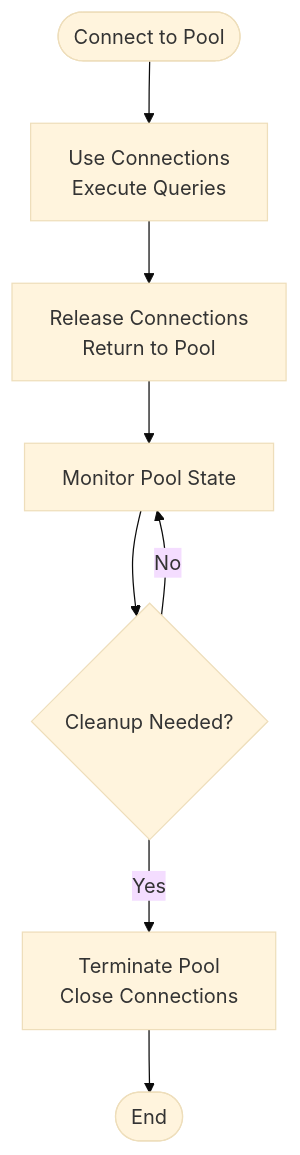
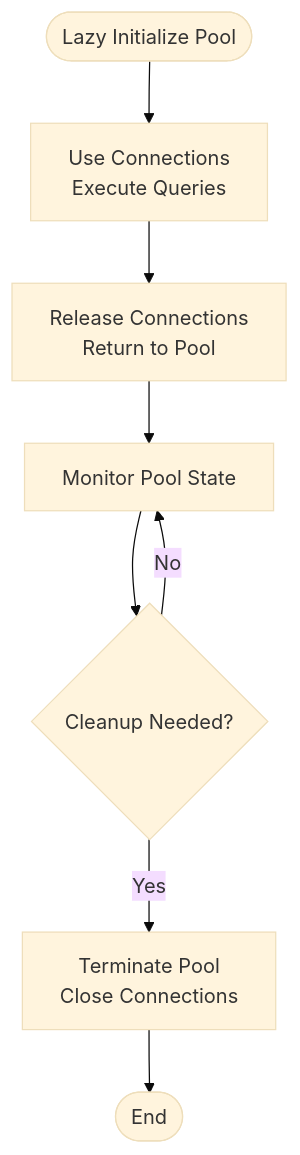
Before and after one commit to RunTimeAdmin/AgentID: the sixth of 7 diagrams in .qoder/repowiki/en/content/Database Design/Connection Management.md, drawn with Mermaid (base theme). The commit also changed other lines of this file and 8 other files, not shown here.

````diff
--- a/.qoder/repowiki/en/content/Database Design/Connection Management.md
+++ b/.qoder/repowiki/en/content/Database Design/Connection Management.md
@@ -285,10 +325,10 @@
 ```mermaid
 flowchart TD
-Connect([Connect to Pool]) --> UseConnections["Use Connections<br/>Execute Queries"]
+Connect([Lazy Initialize Pool]) --> UseConnections["Use Connections<br/>Execute Queries"]
 UseConnections --> Release["Release Connections<br/>Return to Pool"]
 Release --> Monitor["Monitor Pool State"]
 Monitor --> Cleanup{"Cleanup Needed?"}
 Cleanup --> |Yes| Terminate["Terminate Pool<br/>Close Connections"]
 Cleanup --> |No| Monitor
 Terminate --> End([End])
 ```
````
